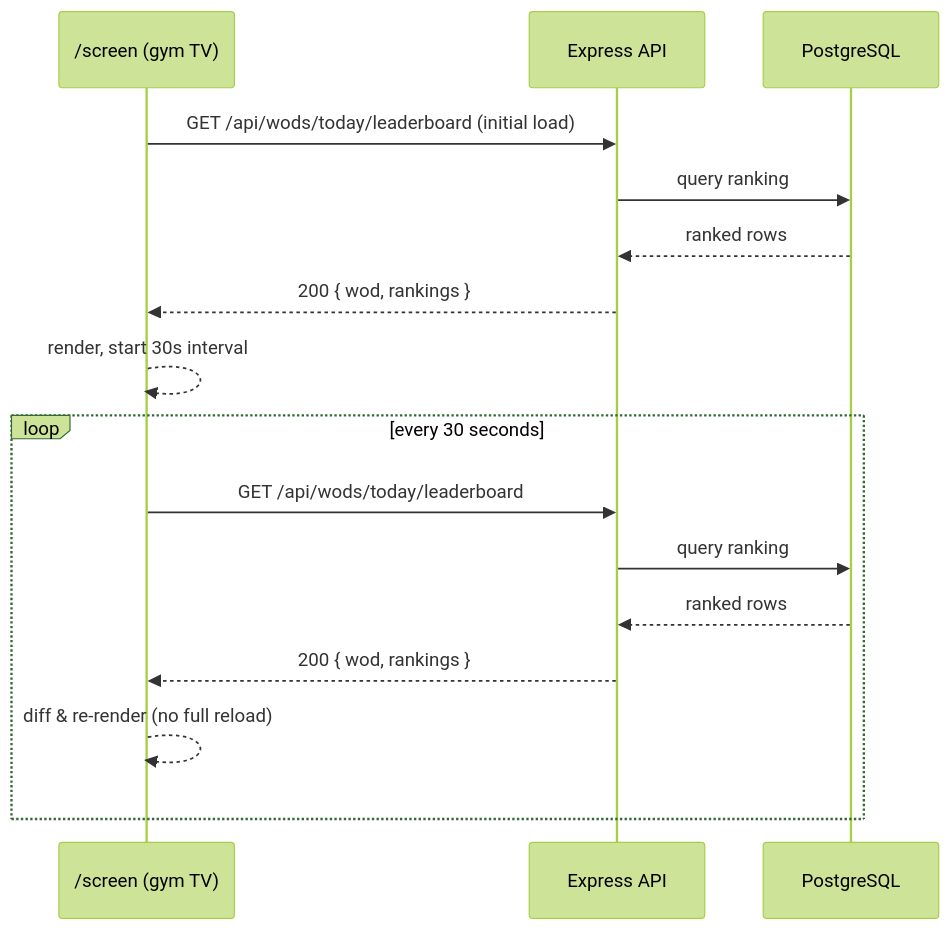
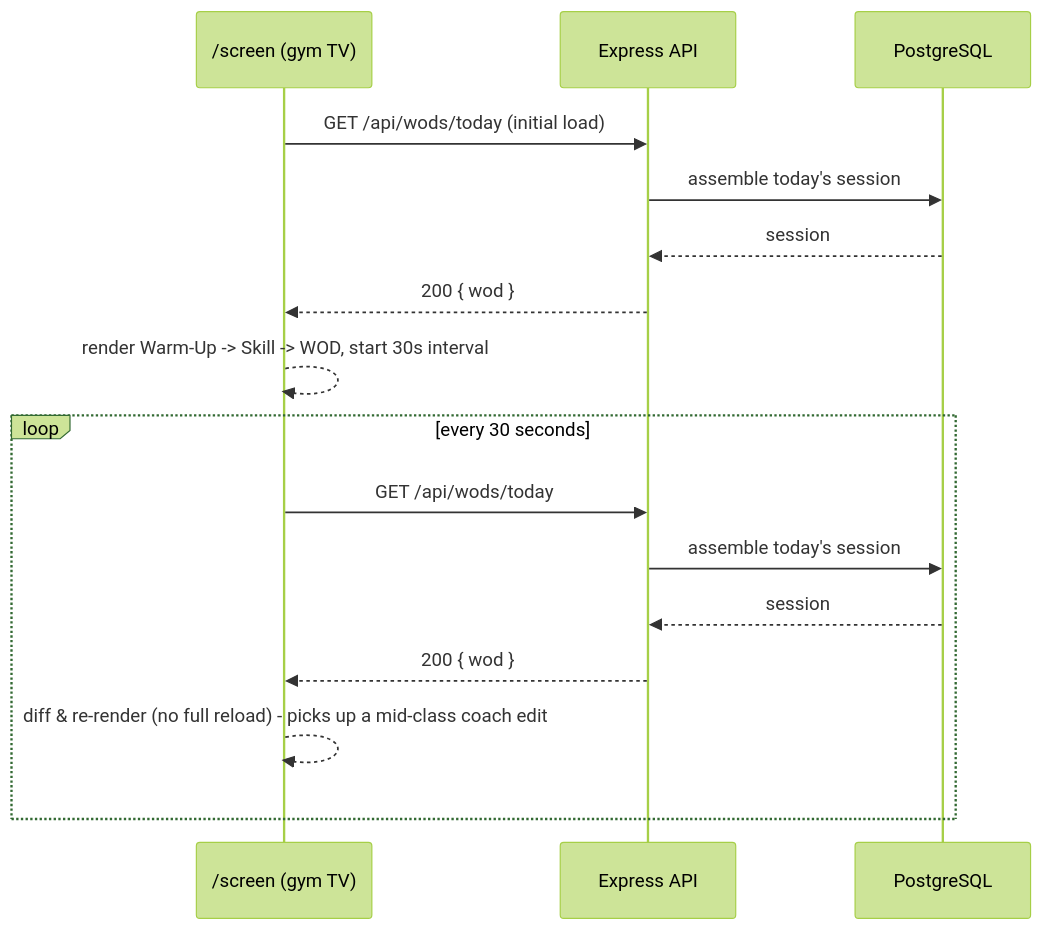
One commit to sharingankid/boxtrack changed the fifth of 6 diagrams in docs/03-technical-documentation.md. Above: the diagram before and after it, drawn with Mermaid (forest theme). The commit also changed other lines of this file and 2 other files, not shown here.

````diff
--- a/docs/03-technical-documentation.md
+++ b/docs/03-technical-documentation.md
@@ -277,20 +361,20 @@
 ```mermaid
 sequenceDiagram
     participant Screen as /screen (gym TV)
     participant API as Express API
     participant DB as PostgreSQL
 
-    Screen->>API: GET /api/wods/today/leaderboard (initial load)
-    API->>DB: query ranking
-    DB-->>API: ranked rows
-    API-->>Screen: 200 { wod, rankings }
-    Screen-->>Screen: render, start 30s interval
+    Screen->>API: GET /api/wods/today (initial load)
+    API->>DB: assemble today's session
+    DB-->>API: session
+    API-->>Screen: 200 { wod }
+    Screen-->>Screen: render Warm-Up -> Skill -> WOD, start 30s interval
 
     loop every 30 seconds
-        Screen->>API: GET /api/wods/today/leaderboard
-        API->>DB: query ranking
-        DB-->>API: ranked rows
-        API-->>Screen: 200 { wod, rankings }
-        Screen-->>Screen: diff & re-render (no full reload)
+        Screen->>API: GET /api/wods/today
+        API->>DB: assemble today's session
+        DB-->>API: session
+        API-->>Screen: 200 { wod }
+        Screen-->>Screen: diff & re-render (no full reload) - picks up a mid-class coach edit
     end
 ```
````
